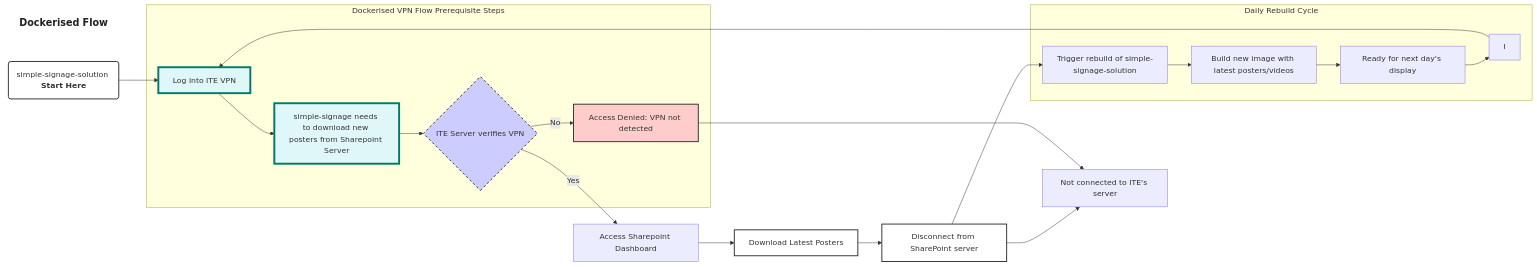
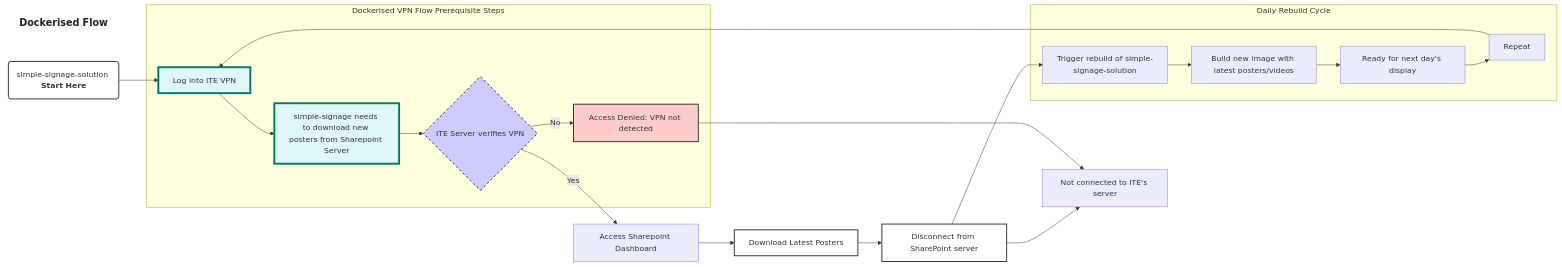
One commit to kairin/mermaid changed the diagram in simple-signage-flow.md. Above: the diagram before and after it, drawn with Mermaid.

````diff
--- a/simple-signage-flow.md
+++ b/simple-signage-flow.md
@@ -3,40 +3,40 @@
 ```mermaid
 
 graph LR
     Title["<b>Dockerised Flow</b>"]:::title
     Title 
     A(simple-signage-solution <b>Start Here</b>)
     A --> B
 
     subgraph Dockerised VPN Flow Prerequisite Steps
         B[Log into ITE VPN]:::vpnstep --> C[simple-signage needs to download new posters from Sharepoint Server]:::vpnstep
         C --> D{ITE Server verifies VPN}:::vpnstep
         D -- No --> X[Access Denied: VPN not detected]
     end
 
     D -- Yes --> E[Access Sharepoint Dashboard]
     E --> F[Download Latest Posters]
     F --> H[Disconnect from SharePoint server]
     subgraph Daily Rebuild [Daily Rebuild Cycle]
         R1[Trigger rebuild of simple-signage-solution]
         R2[Build new image with latest posters/videos]
         R3[Ready for next day's display]
         R1 --> R2 --> R3 --> I
     end
 
     H --> R1
-
+    I[Repeat]
     I --> B
     H --> Y[Not connected to ITE's server]
     X --> Y
 
     classDef title fill:#fff,stroke:#fff,color:#222,font-size:20px
     classDef vpnstep fill:#e0f7fa,stroke:#00796b,stroke-width:4px
     class B,C,D vpnstep
     style D fill:#ccf,stroke:#333,stroke-width:2px,stroke-dasharray: 5 5
     style X fill:#fcc,stroke:#333,stroke-width:2px
     style A fill:#fff,stroke:#333,stroke-width:2px
     style F fill:#fff,stroke:#333,stroke-width:2px
     style H fill:#fff,stroke:#333,stroke-width:2px
 
 ```
````
